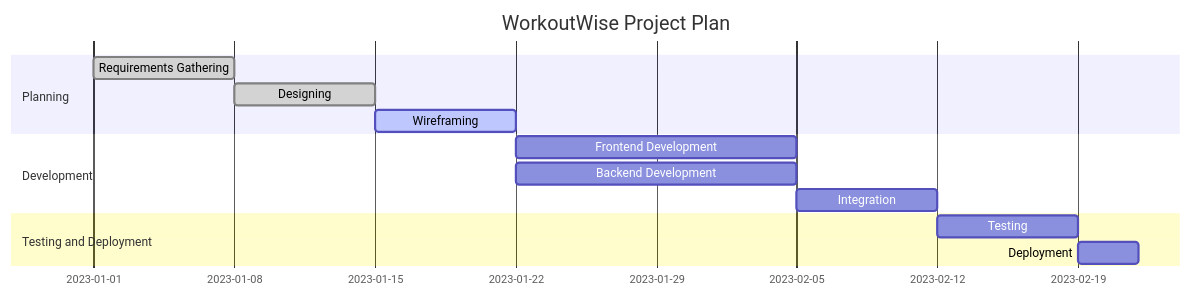
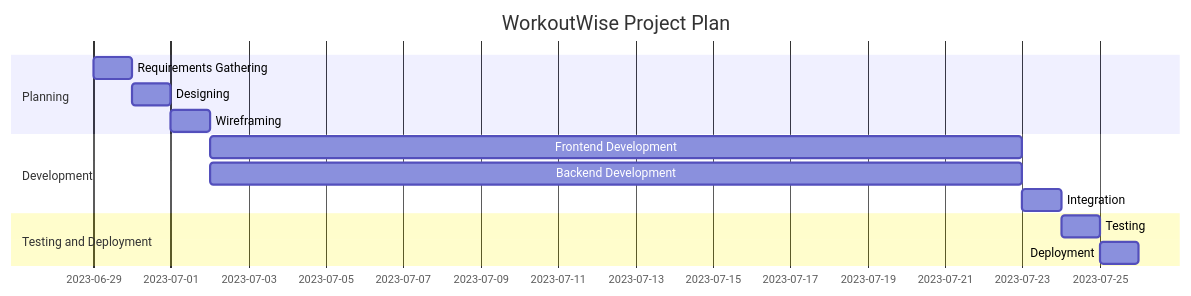
The fourth of 4 diagrams in README.md (Keegs4213/Workout-Wise), drawn with Mermaid before and after one commit. The commit also changed other lines of this file, not shown here.

````diff
--- a/README.md
+++ b/README.md
@@ -95,18 +95,18 @@
 ```mermaid
 gantt
     title WorkoutWise Project Plan
 
     section Planning
-    Requirements Gathering   :done,    des1, 2023-01-01, 7d
-    Designing                :done,    des2, after des1, 7d
-    Wireframing              :active,  des3, after des2, 7d
+    Requirements Gathering   :   des1, 2023-06-29, 1d
+    Designing                :   des2, after des1, 1d
+    Wireframing              :  des3, after des2, 1d
 
     section Development
-    Frontend Development     :         des4, after des3, 14d
-    Backend Development      :         des5, after des3, 14d
-    Integration              :         des6, after des4, 7d
+    Frontend Development     :         des4, after des3, 21d
+    Backend Development      :         des5, after des3, 21d
+    Integration              :         des6, after des4, 1d
 
     section Testing and Deployment
-    Testing                  :         des7, after des6, 7d
-    Deployment               :         des8, after des7, 3d
+    Testing                  :         des7, after des6, 1d
+    Deployment               :         des8, after des7, 1d
 ```
````
